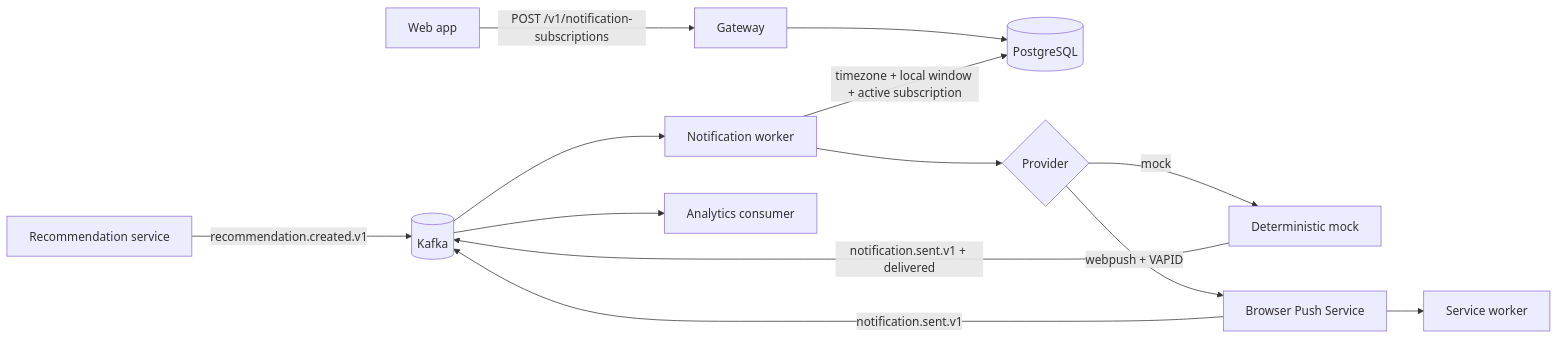
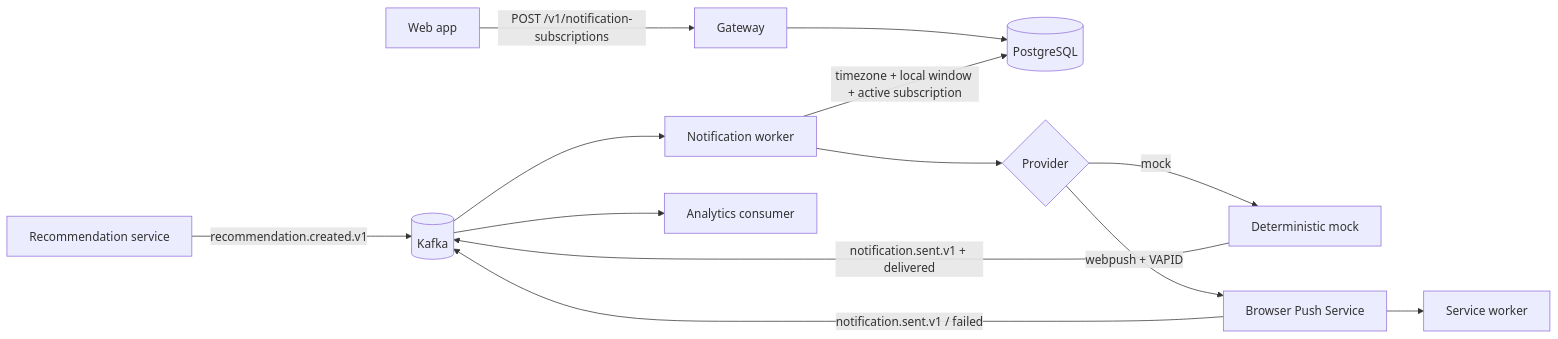
The fourth of 6 diagrams in docs/architecture.md (HiIamJeff67/spacetime-node), drawn with Mermaid before and after one commit. The commit also changed other lines of this file and 9 other files, not shown here.

Commit message:
feat(recommendation,notification): finalize profile embeddings and Web Push delivery

````diff
--- a/docs/architecture.md
+++ b/docs/architecture.md
@@ -251,15 +254,15 @@
 ```mermaid
 flowchart LR
   WebApp[Web app] -->|POST /v1/notification-subscriptions| Gateway[Gateway]
   Gateway --> PG[(PostgreSQL)]
   Recommendation[Recommendation service] -->|recommendation.created.v1| Kafka[(Kafka)]
   Kafka --> Worker[Notification worker]
   Worker -->|timezone + local window + active subscription| PG
   Worker --> Provider{Provider}
   Provider -->|mock| Mock[Deterministic mock]
   Provider -->|webpush + VAPID| PushService[Browser Push Service]
   Mock -->|notification.sent.v1 + delivered| Kafka
-  PushService -->|notification.sent.v1| Kafka
+  PushService -->|notification.sent.v1 / failed| Kafka
   PushService --> Browser[Service worker]
   Kafka --> Analytics[Analytics consumer]
 ```
````
